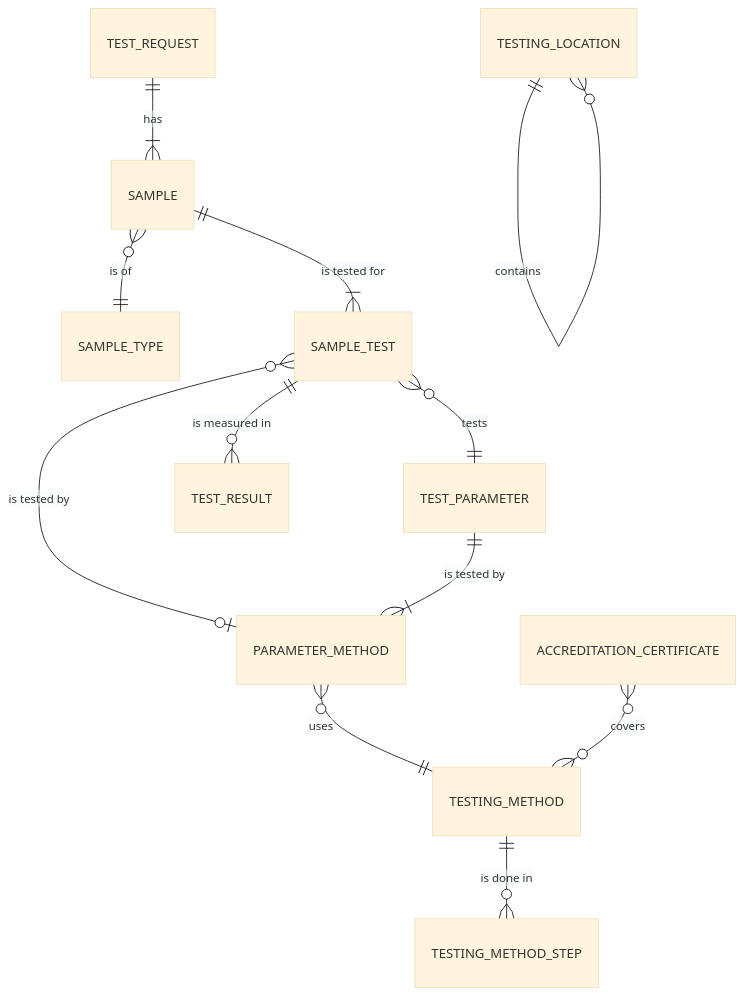
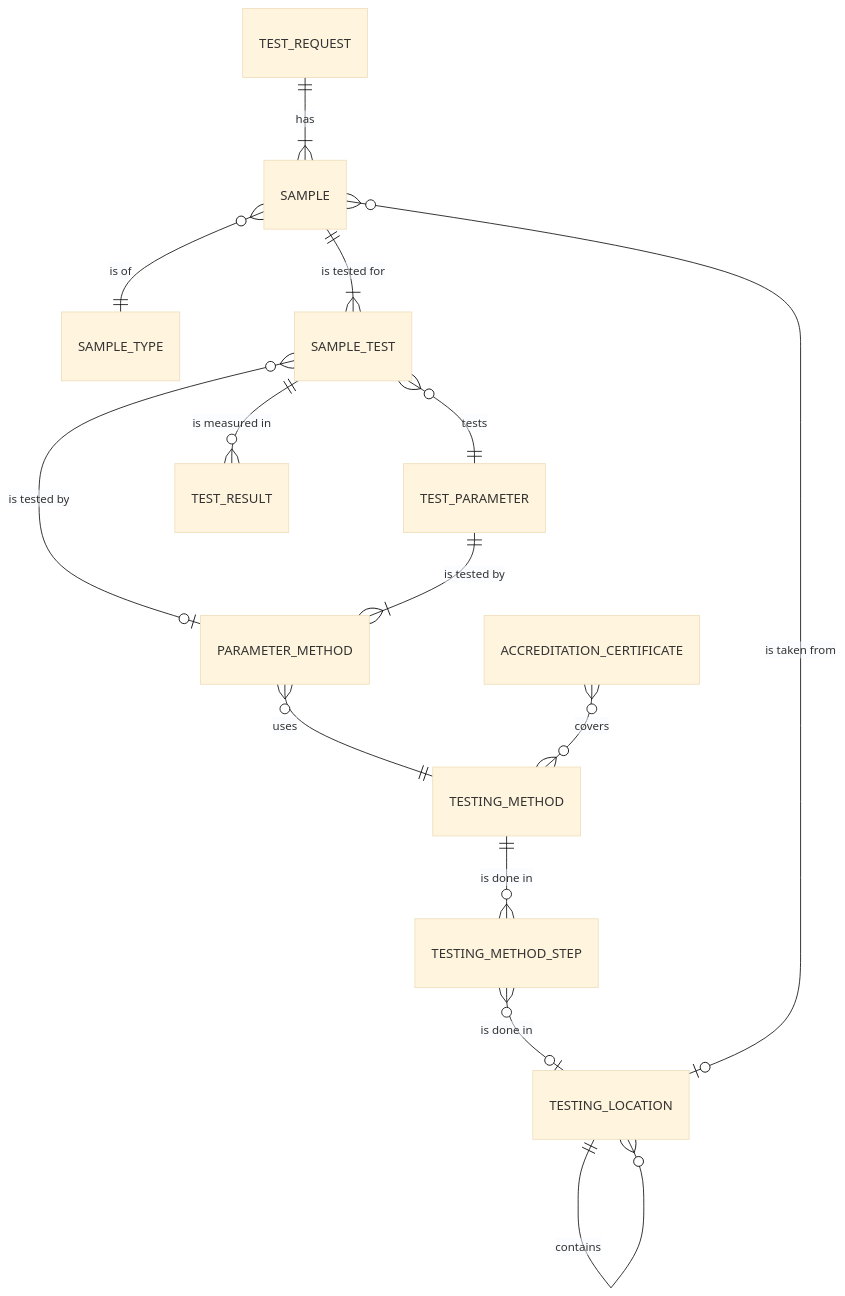
The first of 6 diagrams in docs/functional/laboratory_module/overview.md (SoltuneMontepre/medilab), drawn with Mermaid (base theme) before and after one commit. The commit also changed other lines of this file and 5 other files, not shown here.

Commit message:
[feat] Add sampling locations and fix the testing location plan

````diff
--- a/docs/functional/laboratory_module/overview.md
+++ b/docs/functional/laboratory_module/overview.md
@@ -14,14 +14,16 @@
 ```mermaid
 erDiagram
     TEST_REQUEST ||--|{ SAMPLE : has
     SAMPLE }o--|| SAMPLE_TYPE : "is of"
     SAMPLE ||--|{ SAMPLE_TEST : "is tested for"
     SAMPLE_TEST }o--|| TEST_PARAMETER : tests
     SAMPLE_TEST }o--o| PARAMETER_METHOD : "is tested by"
     TEST_PARAMETER ||--|{ PARAMETER_METHOD : "is tested by"
     PARAMETER_METHOD }o--|| TESTING_METHOD : uses
     TESTING_METHOD ||--o{ TESTING_METHOD_STEP : "is done in"
     TESTING_LOCATION ||--o{ TESTING_LOCATION : contains
+    TESTING_METHOD_STEP }o--o| TESTING_LOCATION : "is done in"
+    SAMPLE }o--o| TESTING_LOCATION : "is taken from"
     ACCREDITATION_CERTIFICATE }o--o{ TESTING_METHOD : covers
     SAMPLE_TEST ||--o{ TEST_RESULT : "is measured in"
 ```
````
